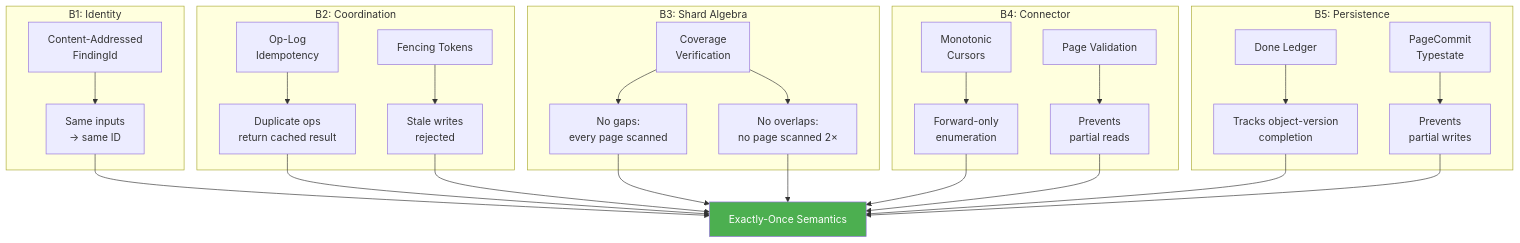
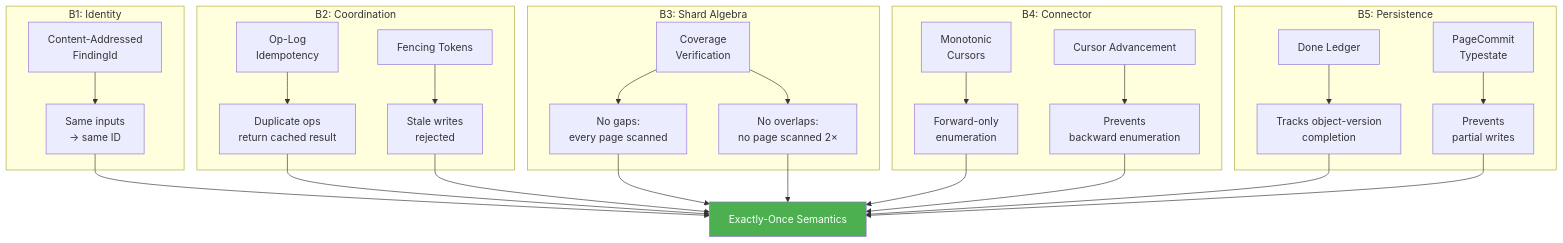
Before and after one commit to ahrav/gossip-rs-learning-guide: the diagram in 03-distributed-systems-theory/06-exactly-once-semantics.md, drawn with Mermaid. The commit also changed other lines of this file and 25 other files, not shown here.

````diff
--- a/03-distributed-systems-theory/06-exactly-once-semantics.md
+++ b/03-distributed-systems-theory/06-exactly-once-semantics.md
@@ -59,46 +59,46 @@
 ```mermaid
 graph TD
     subgraph "B1: Identity"
         A[Content-Addressed<br/>FindingId]
         A --> A1[Same inputs<br/>→ same ID]
     end
 
     subgraph "B2: Coordination"
         B[Op-Log<br/>Idempotency]
         B --> B1[Duplicate ops<br/>return cached result]
         B2[Fencing Tokens]
         B2 --> B3[Stale writes<br/>rejected]
     end
 
     subgraph "B3: Shard Algebra"
         C[Coverage<br/>Verification]
         C --> C1[No gaps:<br/>every page scanned]
         C --> C2[No overlaps:<br/>no page scanned 2×]
     end
 
     subgraph "B4: Connector"
         D[Monotonic<br/>Cursors]
         D --> D1[Forward-only<br/>enumeration]
-        D2[Page Validation]
-        D2 --> D3[Prevents<br/>partial reads]
+        D2[Cursor Advancement]
+        D2 --> D3[Prevents<br/>backward enumeration]
     end
 
     subgraph "B5: Persistence"
         E[Done Ledger]
         E --> E1[Tracks object-version<br/>completion]
         E2[PageCommit<br/>Typestate]
         E2 --> E3[Prevents<br/>partial writes]
     end
 
     A1 --> Result[Exactly-Once Semantics]
     B1 --> Result
     B3 --> Result
     C1 --> Result
     C2 --> Result
     D1 --> Result
     D3 --> Result
     E1 --> Result
     E3 --> Result
 
     style Result fill:#4caf50,color:#fff
 ```
````
